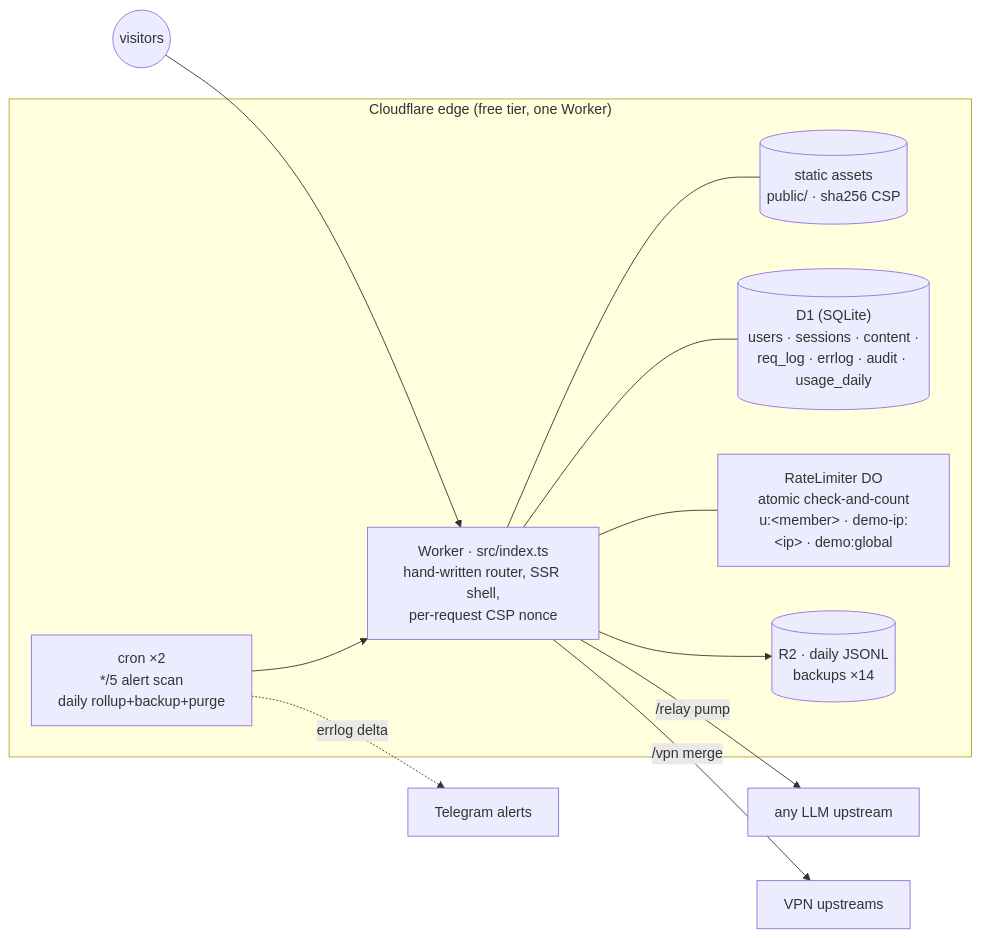
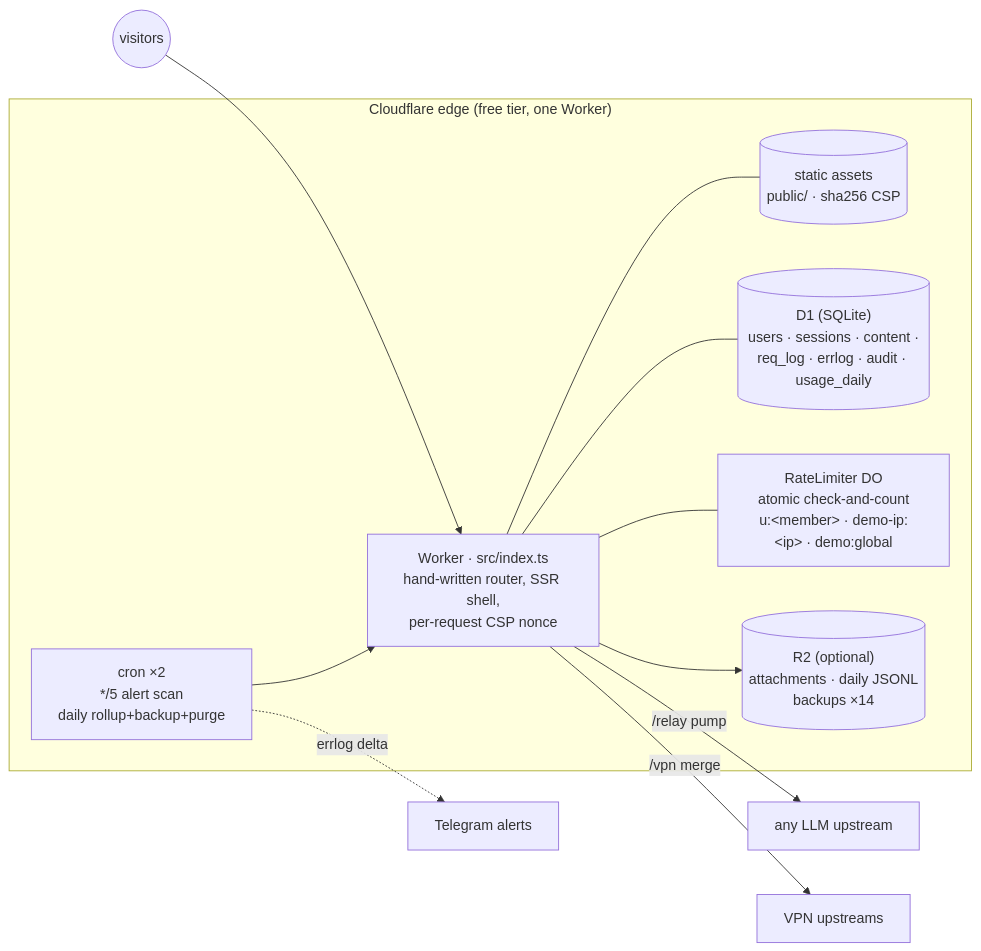
One commit to Jhongwe1/edge-llm-gateway changed the diagram in README.md. Above: the diagram before and after it, drawn with Mermaid. The commit also changed other lines of this file and 25 other files, not shown here.

````diff
--- a/README.md
+++ b/README.md
@@ -90,20 +90,20 @@
 ```mermaid
 flowchart LR
   V((visitors)) --> W
   subgraph edge["Cloudflare edge (free tier, one Worker)"]
     W["Worker · src/index.ts<br/>hand-written router, SSR shell,<br/>per-request CSP nonce"]
     A[("static assets<br/>public/ · sha256 CSP")]
     D[("D1 (SQLite)<br/>users · sessions · content ·<br/>req_log · errlog · audit · usage_daily")]
     DO["RateLimiter DO<br/>atomic check-and-count<br/>u:&lt;member&gt; · demo-ip:&lt;ip&gt; · demo:global"]
     CRON["cron ×2<br/>*/5 alert scan<br/>daily rollup+backup+purge"]
-    R2[("R2 · daily JSONL<br/>backups ×14")]
+    R2[("R2 (optional)<br/>attachments · daily JSONL<br/>backups ×14")]
     W --- A
     W --- D
     W --- DO
     CRON --> W
     W --> R2
   end
   W -->|"/relay pump"| U["any LLM upstream"]
   W -->|"/vpn merge"| AP["VPN upstreams"]
   CRON -.->|"errlog delta"| TG["Telegram alerts"]
 ```
````
